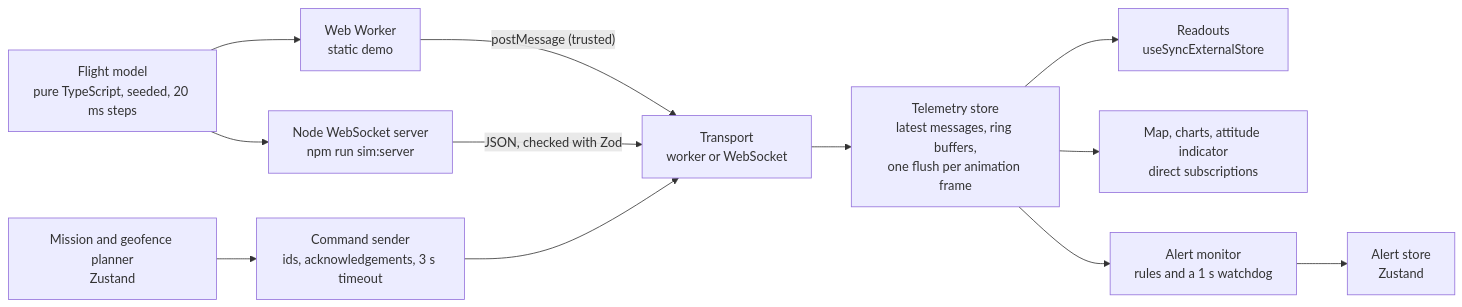
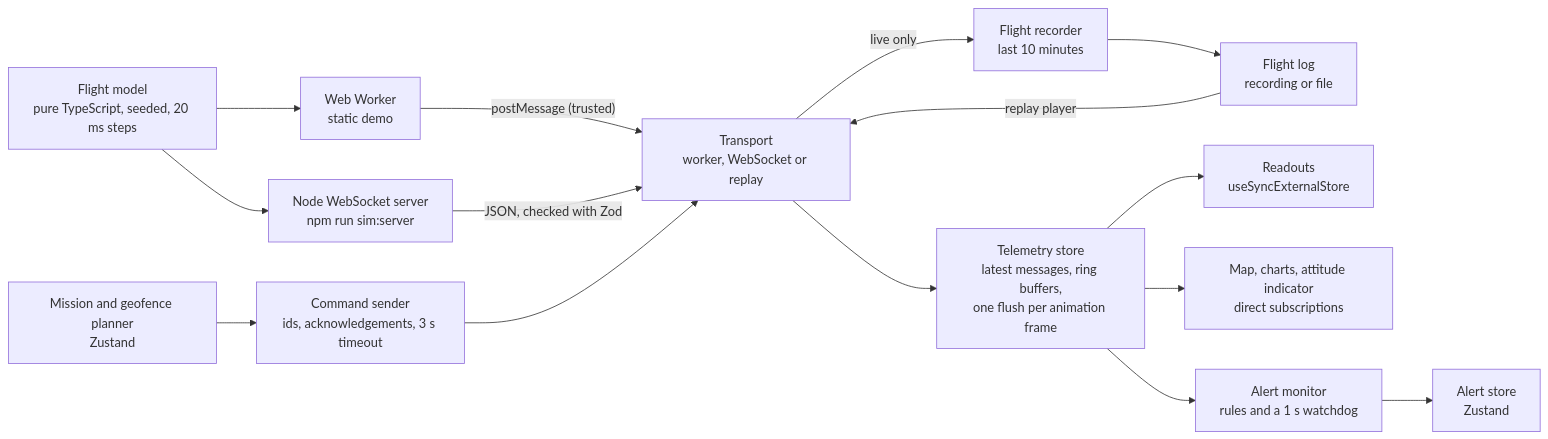
One commit to Nikita-Beliaiev/mini-gcs changed the first of 4 diagrams in docs/architecture.md. Above: the diagram before and after it, drawn with Mermaid. The commit also changed other lines of this file and 1 other file, not shown here.

Commit message:
docs: describe recording and replay and mark phase 5 done

````diff
--- a/docs/architecture.md
+++ b/docs/architecture.md
@@ -9,15 +9,18 @@
 ```mermaid
 flowchart LR
   model["Flight model<br/>pure TypeScript, seeded, 20 ms steps"]
   model --> worker["Web Worker<br/>static demo"]
   model --> server["Node WebSocket server<br/>npm run sim:server"]
-  worker -- "postMessage (trusted)" --> transport["Transport<br/>worker or WebSocket"]
+  worker -- "postMessage (trusted)" --> transport["Transport<br/>worker, WebSocket or replay"]
   server -- "JSON, checked with Zod" --> transport
+  transport -- "live only" --> recorder["Flight recorder<br/>last 10 minutes"]
+  recorder --> log["Flight log<br/>recording or file"]
+  log -- "replay player" --> transport
   transport --> telemetry["Telemetry store<br/>latest messages, ring buffers,<br/>one flush per animation frame"]
   telemetry --> readouts["Readouts<br/>useSyncExternalStore"]
   telemetry --> direct["Map, charts, attitude indicator<br/>direct subscriptions"]
   telemetry --> monitor["Alert monitor<br/>rules and a 1 s watchdog"]
   monitor --> alertStore["Alert store<br/>Zustand"]
   planner["Mission and geofence planner<br/>Zustand"] --> sender["Command sender<br/>ids, acknowledgements, 3 s timeout"]
   sender --> transport
 ```
````
